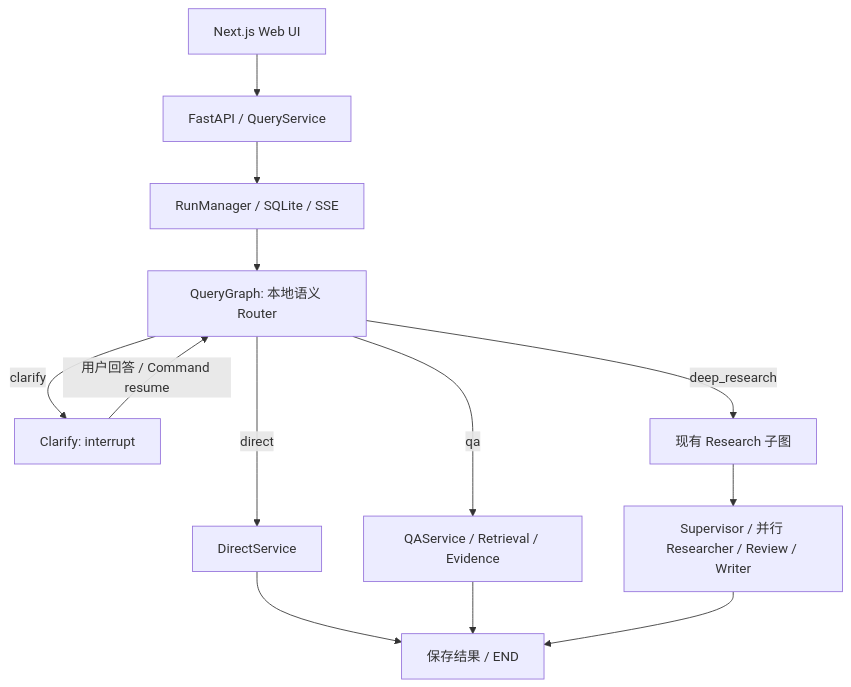
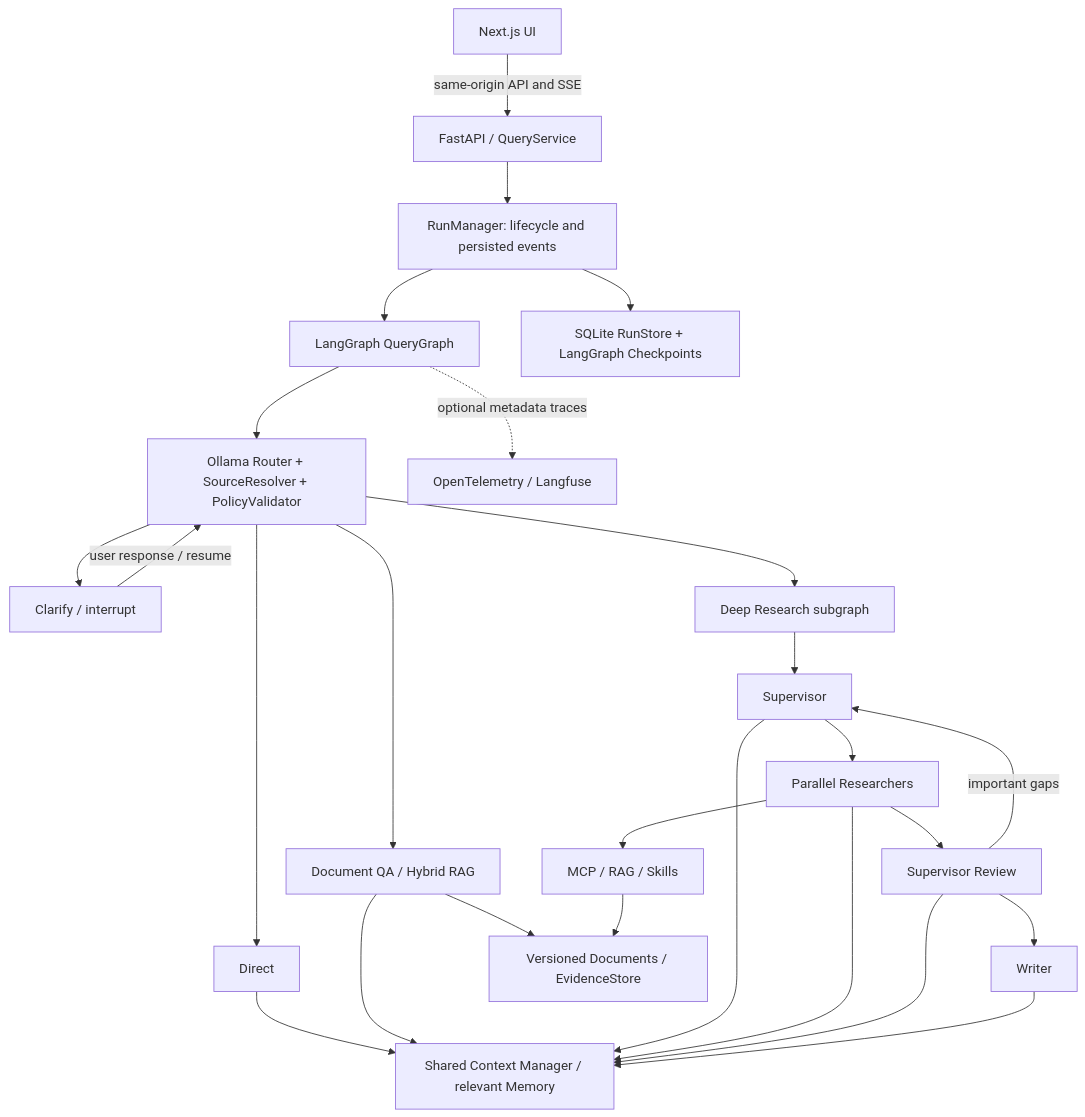
Before and after one commit to pppppppppan/Sage-scholar: the diagram in README.md, drawn with Mermaid. The commit also changed other lines of this file and 34 other files, not shown here.

````diff
--- a/README.md
+++ b/README.md
@@ -90,15 +23,23 @@
 ```mermaid
 flowchart TD
-    UI[Next.js Web UI] --> API[FastAPI / QueryService]
-    API --> RM[RunManager / SQLite / SSE]
-    RM --> R[QueryGraph: 本地语义 Router]
-    R -->|direct| D[DirectService]
-    R -->|qa| QA[QAService / Retrieval / Evidence]
-    R -->|clarify| C[Clarify: interrupt]
-    C -->|用户回答 / Command resume| R
-    R -->|deep_research| RS[现有 Research 子图]
-    RS --> S[Supervisor / 并行 Researcher / Review / Writer]
-    D --> E[保存结果 / END]
-    QA --> E
-    S --> E
+    UI[Next.js UI] -->|same-origin API and SSE| API[FastAPI / QueryService]
+    API --> RM[RunManager: lifecycle and persisted events]
+    RM --> Q[LangGraph QueryGraph]
+    Q --> R[Ollama Router + SourceResolver + PolicyValidator]
+    R --> D[Direct]
+    R --> QA[Document QA / Hybrid RAG]
+    R --> C[Clarify / interrupt]
+    C -->|user response / resume| R
+    R --> DR[Deep Research subgraph]
+    DR --> S[Supervisor]
+    S --> P[Parallel Researchers]
+    P --> V[Supervisor Review]
+    V -->|important gaps| S
+    V --> W[Writer]
+    QA --> E[Versioned Documents / EvidenceStore]
+    P --> T[MCP / RAG / Skills]
+    T --> E
+    D & QA & S & P & V & W --> CM[Shared Context Manager / relevant Memory]
+    RM --> DB[SQLite RunStore + LangGraph Checkpoints]
+    Q -. optional metadata traces .-> LF[OpenTelemetry / Langfuse]
 ```
````
